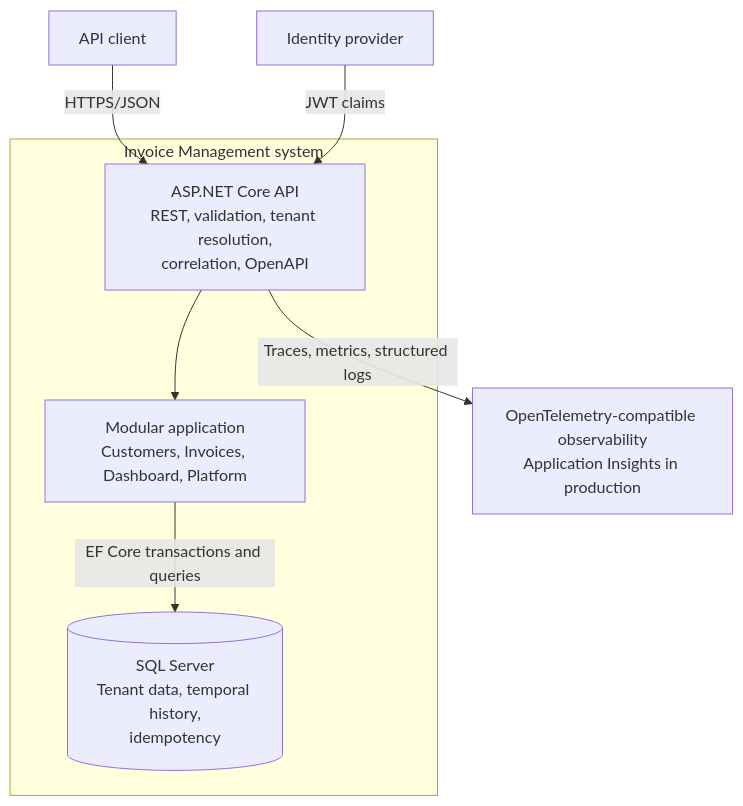
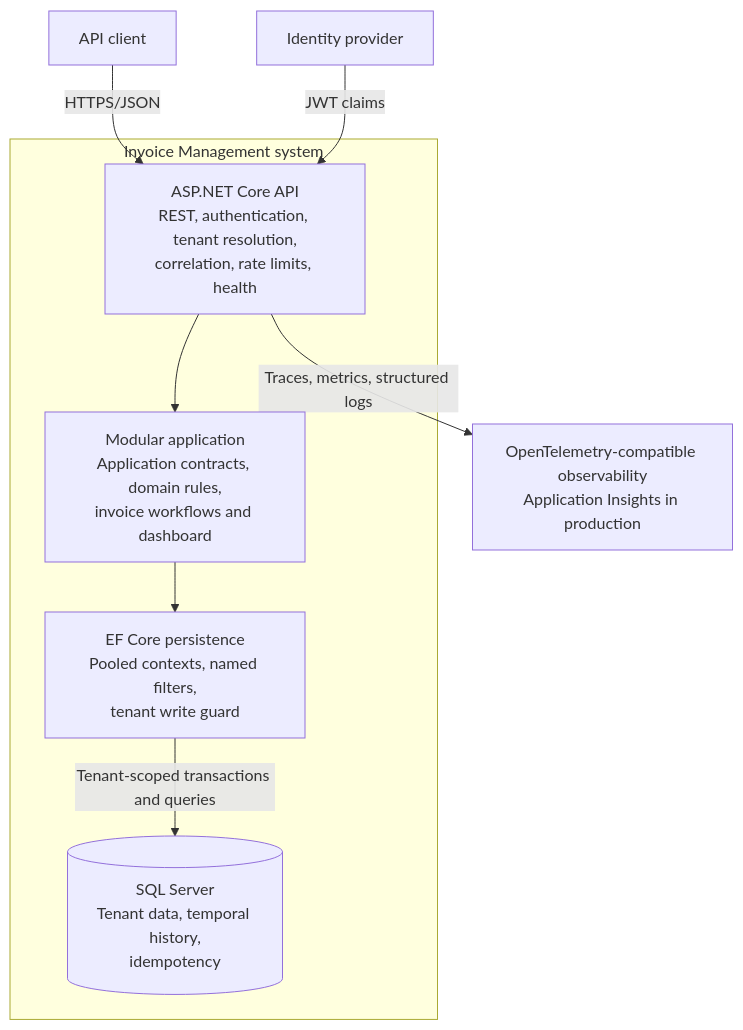
Before and after one commit to dhruvsheth37/invoice-management: the diagram in docs/diagrams/c4-container.md, drawn with Mermaid. The commit also changed 39 other files, not shown here.

````diff
--- a/docs/diagrams/c4-container.md
+++ b/docs/diagrams/c4-container.md
@@ -3,19 +3,21 @@
 ```mermaid
 flowchart TB
     Client["API client"]
     IdP["Identity provider"]
 
     subgraph Boundary["Invoice Management system"]
-        Api["ASP.NET Core API<br/>REST, validation, tenant resolution,<br/>correlation, OpenAPI"]
-        Modules["Modular application<br/>Customers, Invoices, Dashboard, Platform"]
+        Api["ASP.NET Core API<br/>REST, authentication, tenant resolution,<br/>correlation, rate limits, health"]
+        Modules["Modular application<br/>Application contracts, domain rules,<br/>invoice workflows and dashboard"]
+        Persistence["EF Core persistence<br/>Pooled contexts, named filters,<br/>tenant write guard"]
         Sql[("SQL Server<br/>Tenant data, temporal history,<br/>idempotency")]
     end
 
     Observability["OpenTelemetry-compatible observability<br/>Application Insights in production"]
 
     Client -->|"HTTPS/JSON"| Api
     IdP -->|"JWT claims"| Api
     Api --> Modules
-    Modules -->|"EF Core transactions and queries"| Sql
+    Modules --> Persistence
+    Persistence -->|"Tenant-scoped transactions and queries"| Sql
     Api -->|"Traces, metrics, structured logs"| Observability
 ```
````
